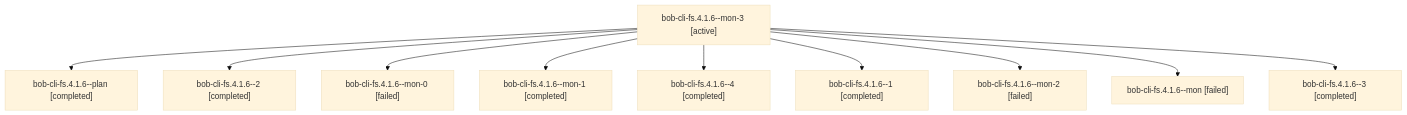
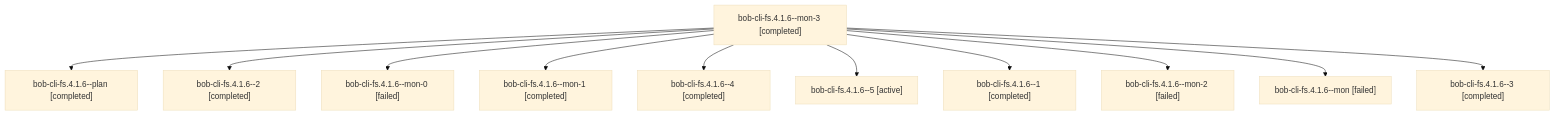
One commit to bobs-org/bob-cli--agents changed the diagram in sessions/bbugyi200.athena.bob-cli-fs.4.1.6.md. Above: the diagram before and after it, drawn with Mermaid (base theme). The commit also changed other lines of this file and 80 other files, not shown here.

````diff
--- a/sessions/bbugyi200.athena.bob-cli-fs.4.1.6.md
+++ b/sessions/bbugyi200.athena.bob-cli-fs.4.1.6.md
@@ -9,22 +9,24 @@
 ```mermaid
 flowchart TD
-  n0["bob-cli-fs.4.1.6--mon-3 [active]"]
+  n0["bob-cli-fs.4.1.6--mon-3 [completed]"]
   n1["bob-cli-fs.4.1.6--plan [completed]"]
   n0 --> n1
   n2["bob-cli-fs.4.1.6--2 [completed]"]
   n0 --> n2
   n3["bob-cli-fs.4.1.6--mon-0 [failed]"]
   n0 --> n3
   n4["bob-cli-fs.4.1.6--mon-1 [completed]"]
   n0 --> n4
   n5["bob-cli-fs.4.1.6--4 [completed]"]
   n0 --> n5
-  n6["bob-cli-fs.4.1.6--1 [completed]"]
+  n6["bob-cli-fs.4.1.6--5 [active]"]
   n0 --> n6
-  n7["bob-cli-fs.4.1.6--mon-2 [failed]"]
+  n7["bob-cli-fs.4.1.6--1 [completed]"]
   n0 --> n7
-  n8["bob-cli-fs.4.1.6--mon [failed]"]
+  n8["bob-cli-fs.4.1.6--mon-2 [failed]"]
   n0 --> n8
-  n9["bob-cli-fs.4.1.6--3 [completed]"]
+  n9["bob-cli-fs.4.1.6--mon [failed]"]
   n0 --> n9
+  n10["bob-cli-fs.4.1.6--3 [completed]"]
+  n0 --> n10
 ```
````
